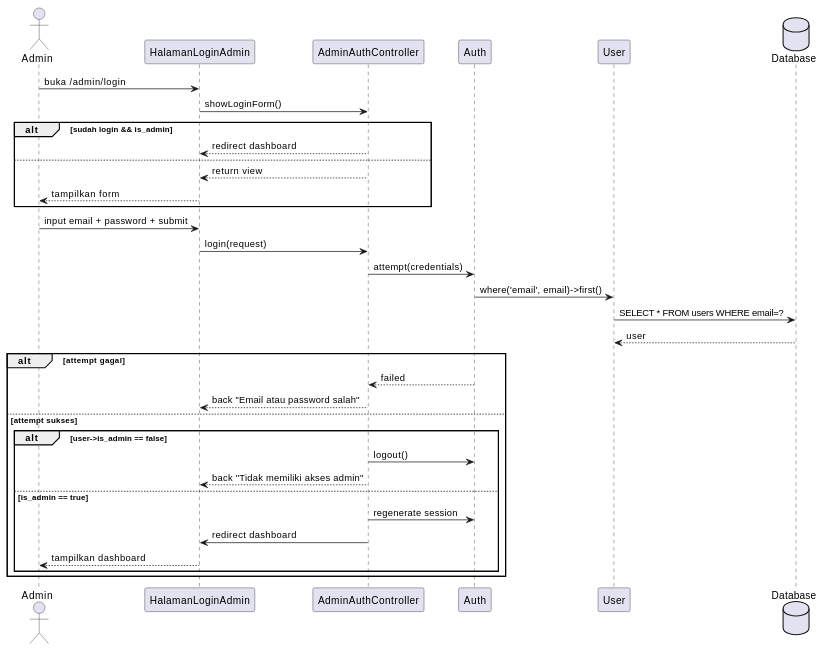
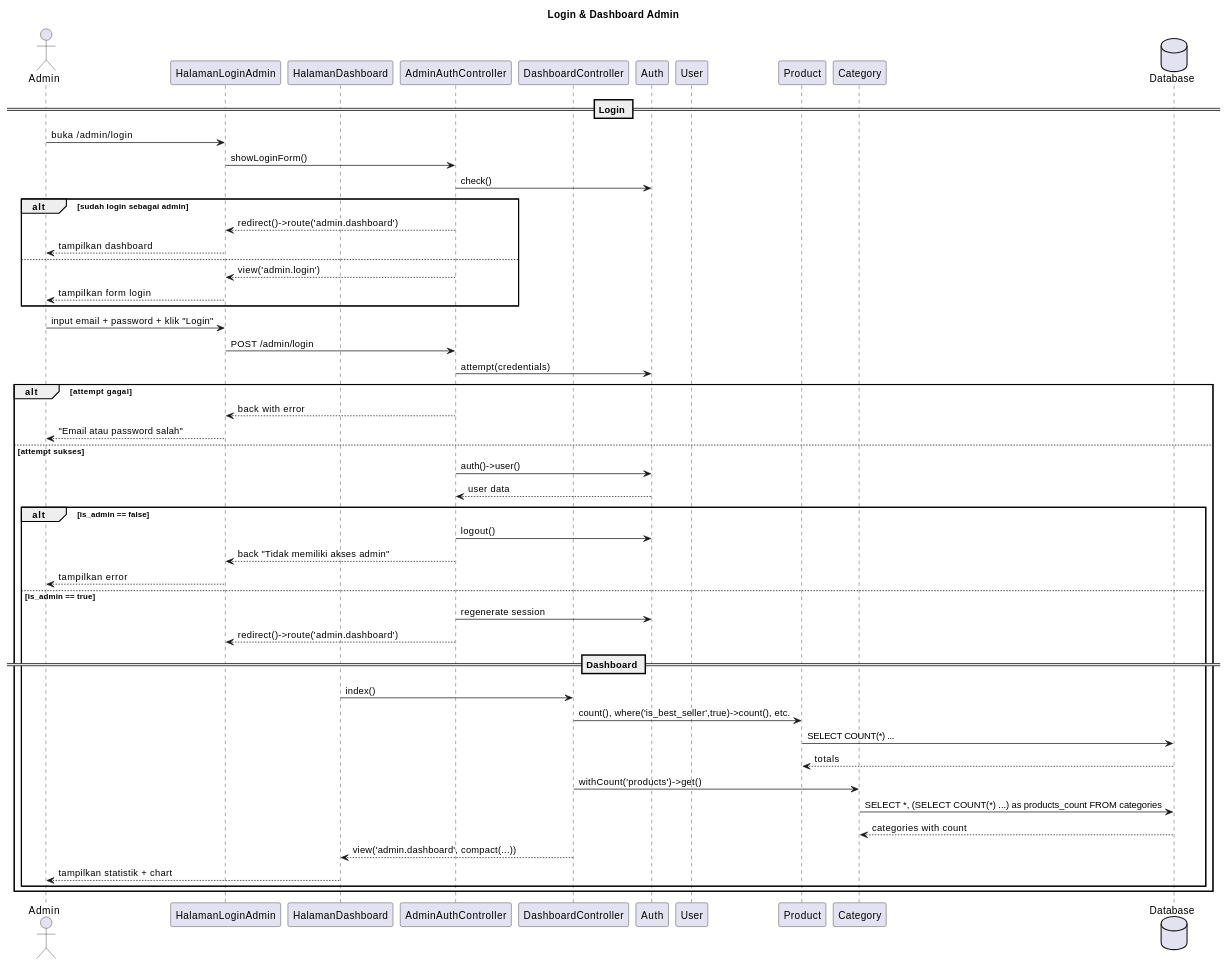
The ninth of 10 diagrams in DPPL.md (notsorcerer/ABP-WEB), drawn with PlantUML before and after one commit. The commit also changed other lines of this file and 1 other file, not shown here.

````diff
--- a/DPPL.md
+++ b/DPPL.md
@@ -1396,42 +1361,61 @@
 ```plantuml
 @startuml
+title Login & Dashboard Admin
+
 actor Admin
-participant "HalamanLoginAdmin" as UI
-participant "AdminAuthController" as C
+participant "HalamanLoginAdmin" as UI1
+participant "HalamanDashboard" as UI2
+participant "AdminAuthController" as AC
+participant "DashboardController" as DC
 participant "Auth" as A
-participant "User" as M
+participant "User" as U
+participant "Product" as P
+participant "Category" as Cat
 database "Database" as DB
 
-Admin -> UI : buka /admin/login
-UI -> C : showLoginForm()
+== Login ==
+Admin -> UI1 : buka /admin/login
+UI1 -> AC : showLoginForm()
+AC -> A : check()
 
-alt sudah login && is_admin
-  C --> UI : redirect dashboard
+alt sudah login sebagai admin
+  AC --> UI1 : redirect()->route('admin.dashboard')
+  UI1 --> Admin : tampilkan dashboard
 else
-  C --> UI : return view
-  UI --> Admin : tampilkan form
+  AC --> UI1 : view('admin.login')
+  UI1 --> Admin : tampilkan form login
 end
 
-Admin -> UI : input email + password + submit
-UI -> C : login(request)
-
-C -> A : attempt(credentials)
-A -> M : where('email', email)->first()
-M -> DB : SELECT * FROM users WHERE email=?
-DB --> M : user
+Admin -> UI1 : input email + password + klik "Login"
+UI1 -> AC : POST /admin/login
+AC -> A : attempt(credentials)
 
 alt attempt gagal
-  A --> C : failed
-  C --> UI : back "Email atau password salah"
+  AC --> UI1 : back with error
+  UI1 --> Admin : "Email atau password salah"
 else attempt sukses
-  alt user->is_admin == false
-    C -> A : logout()
-    C --> UI : back "Tidak memiliki akses admin"
+  AC -> A : auth()->user()
+  A --> AC : user data
+
+  alt is_admin == false
+    AC -> A : logout()
+    AC --> UI1 : back "Tidak memiliki akses admin"
+    UI1 --> Admin : tampilkan error
   else is_admin == true
-    C -> A : regenerate session
-    C -> UI : redirect dashboard
-    UI --> Admin : tampilkan dashboard
+    AC -> A : regenerate session
+    AC --> UI1 : redirect()->route('admin.dashboard')
+
+    == Dashboard ==
+    UI2 -> DC : index()
+    DC -> P : count(), where('is_best_seller',true)->count(), etc.
+    P -> DB : SELECT COUNT(*) ...
+    DB --> P : totals
+    DC -> Cat : withCount('products')->get()
+    Cat -> DB : SELECT *, (SELECT COUNT(*) ...) as products_count FROM categories
+    DB --> Cat : categories with count
+    DC --> UI2 : view('admin.dashboard', compact(...))
+    UI2 --> Admin : tampilkan statistik + chart
   end
 end
 @enduml
 ```
````
